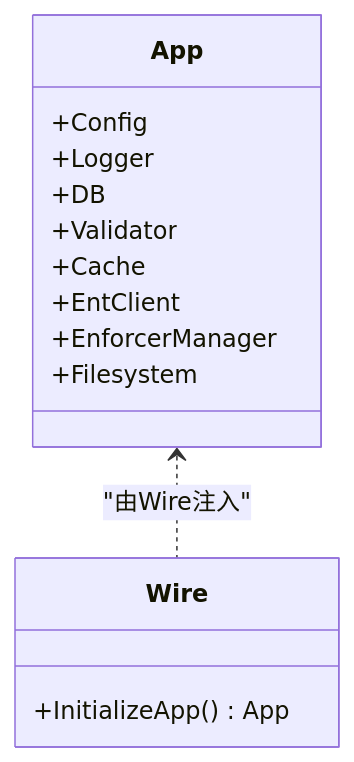
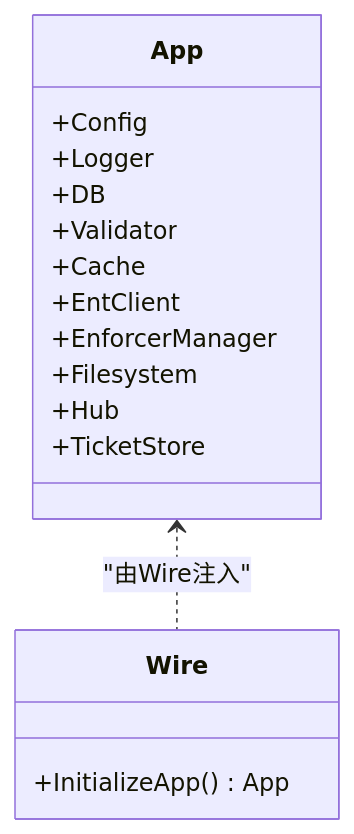
One commit to wuwuseo/e-sports-go-admin changed the fourth of 5 diagrams in .qoder/repowiki/zh/content/项目概述/快速开始.md. Above: the diagram before and after it, drawn with Mermaid. The commit also changed other lines of this file and 42 other files, not shown here.

````diff
--- a/.qoder/repowiki/zh/content/项目概述/快速开始.md
+++ b/.qoder/repowiki/zh/content/项目概述/快速开始.md
@@ -162,17 +162,19 @@
 ```mermaid
 classDiagram
 class App {
 +Config
 +Logger
 +DB
 +Validator
 +Cache
 +EntClient
 +EnforcerManager
 +Filesystem
++Hub
++TicketStore
 }
 class Wire {
 +InitializeApp() App
 }
 App <.. Wire : "由Wire注入"
 ```
````
